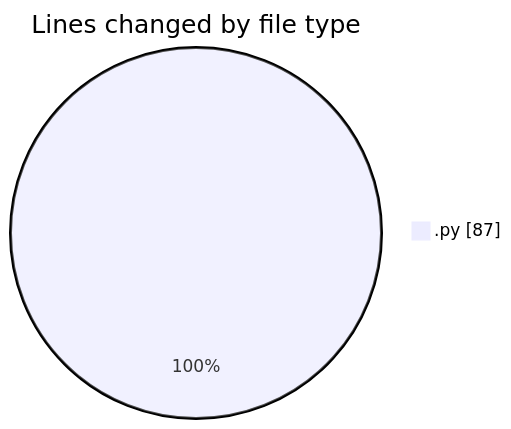
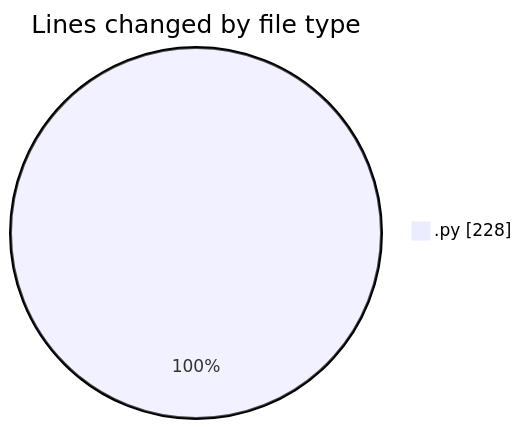
The first of 2 diagrams in 2025-08-03/tts/README.md (EIIisD/code-tracking), drawn with Mermaid before and after one commit. The commit also changed other lines of this file and 1 other file, not shown here.

````diff
--- a/2025-08-03/tts/README.md
+++ b/2025-08-03/tts/README.md
@@ -20,5 +21,5 @@
 ```mermaid
 pie showData
 title Lines changed by file type
-".py" : 87
+".py" : 228
 ```
````
